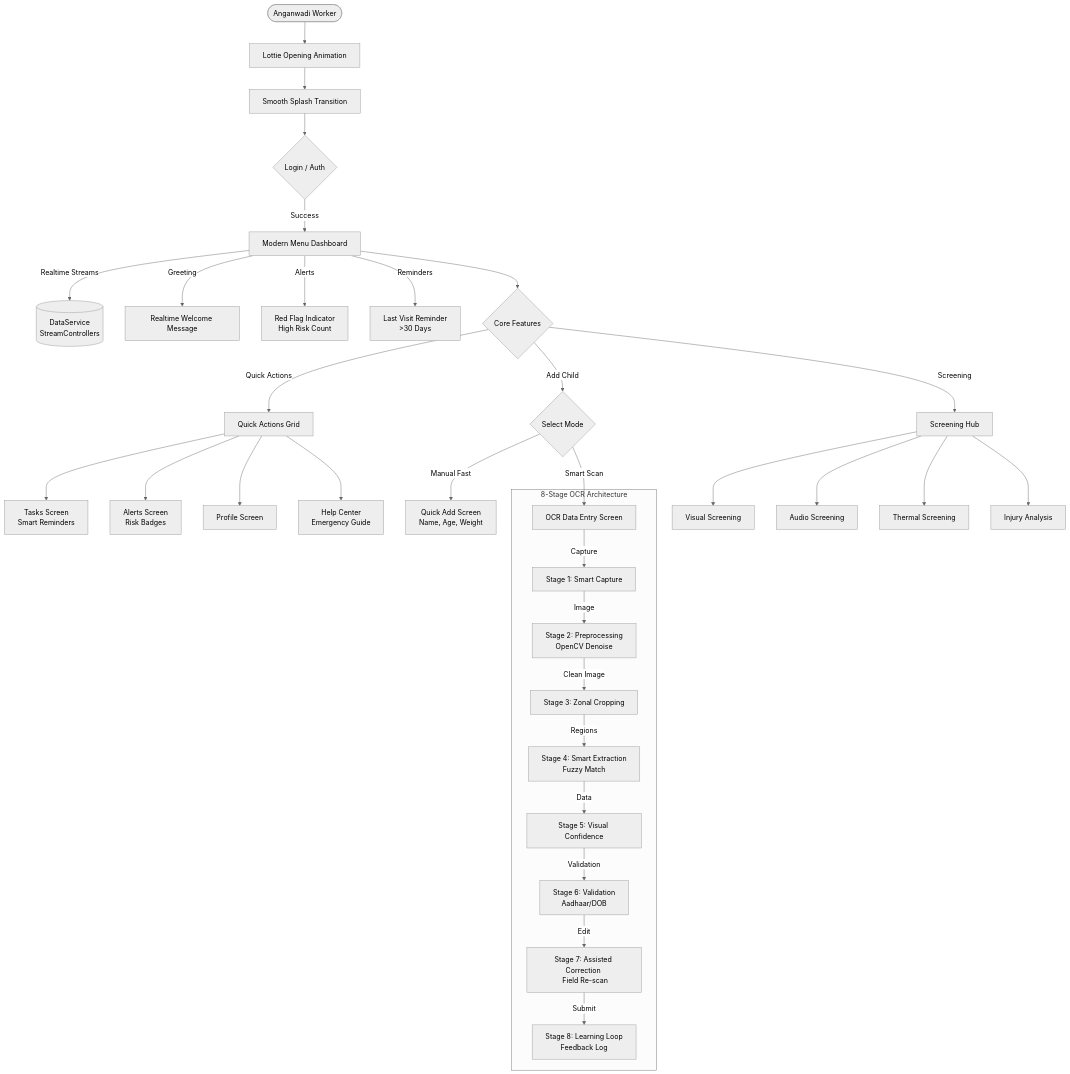
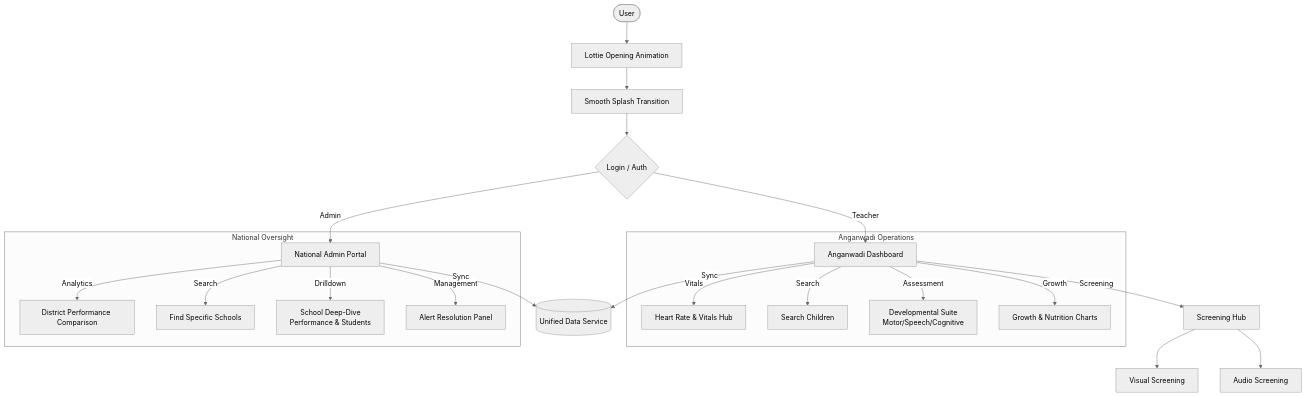
Before and after one commit to parvathi-s25/Shishu_suraksha: the diagram in README.md, drawn with Mermaid (neutral theme). The commit also changed other lines of this file and 75 other files, not shown here.

Commit message:
Enhance Admin Portal, Health Suite, Responsive UI and update README flowchart

````diff
--- a/README.md
+++ b/README.md
@@ -19,48 +19,36 @@
 ```mermaid
 graph TD
     %% Entry Point
-    User([Anganwadi Worker]) --> Intro[Lottie Opening Animation]
+    User([User]) --> Intro[Lottie Opening Animation]
     Intro --> Splash[Smooth Splash Transition]
     Splash --> Login{Login / Auth}
-    Login -->|Success| Dashboard[Modern Menu Dashboard]
+    
+    %% Role Branching
+    Login -->|Teacher| Dashboard[Anganwadi Dashboard]
+    Login -->|Admin| AdminDash[National Admin Portal]
 
-    %% Dashboard Components
-    Dashboard -->|Realtime Streams| DataService[(DataService <br/> StreamControllers)]
-    Dashboard -->|Greeting| Welcome[Realtime Welcome Message]
-    Dashboard -->|Alerts| RedFlag[Red Flag Indicator <br/> High Risk Count]
-    Dashboard -->|Reminders| LastVisit[Last Visit Reminder <br/> >30 Days]
-
-    %% Main Features
-    Dashboard --> Features{Core Features}
-
-    %% Quick Actions
-    Features -->|Quick Actions| QA_Grid[Quick Actions Grid]
-    QA_Grid --> Tasks[Tasks Screen <br/> Smart Reminders]
-    QA_Grid --> Alerts[Alerts Screen <br/> Risk Badges]
-    QA_Grid --> Profile[Profile Screen]
-    QA_Grid --> Help[Help Center <br/> Emergency Guide]
-
-    %% Data Entry & OCR
-    Features -->|Add Child| EntryMode{Select Mode}
-    EntryMode -->|Manual Fast| QuickAdd[Quick Add Screen <br/> Name, Age, Weight]
-    EntryMode -->|Smart Scan| OCR[OCR Data Entry Screen]
-    
-    %% OCR Pipeline
-    subgraph OCR_Pipeline [8-Stage OCR Architecture]
-        OCR -->|Capture| Camera[Stage 1: Smart Capture]
-        Camera -->|Image| Preprocess[Stage 2: Preprocessing <br/> OpenCV Denoise]
-        Preprocess -->|Clean Image| Zonal[Stage 3: Zonal Cropping]
-        Zonal -->|Regions| Extract[Stage 4: Smart Extraction <br/> Fuzzy Match]
-        Extract -->|Data| Confidence[Stage 5: Visual Confidence]
-        Confidence -->|Validation| Validate[Stage 6: Validation <br/> Aadhaar/DOB]
-        Validate -->|Edit| Correction[Stage 7: Assisted Correction <br/> Field Re-scan]
-        Correction -->|Submit| Learning[Stage 8: Learning Loop <br/> Feedback Log]
+    %% Teacher Flow
+    subgraph Teacher_Module [Anganwadi Operations]
+        Dashboard -->|Vitals| LiveVitals[Heart Rate & Vitals Hub]
+        Dashboard -->|Search| ChildSearch[Search Children]
+        Dashboard -->|Assessment| Assess[Developmental Suite <br/> Motor/Speech/Cognitive]
+        Dashboard -->|Growth| Growth[Growth & Nutrition Charts]
     end
 
+    %% Admin Flow
+    subgraph Admin_Module [National Oversight]
+        AdminDash -->|Analytics| DistrictChart[District Performance Comparison]
+        AdminDash -->|Search| SchoolSearch[Find Specific Schools]
+        AdminDash -->|Drilldown| SchoolDetail[School Deep-Dive <br/> Performance & Students]
+        AdminDash -->|Management| Alerts[Alert Resolution Panel]
+    end
+
+    %% Data Core
+    AdminDash -->|Sync| DataService[(Unified Data Service)]
+    Dashboard -->|Sync| DataService
+    
     %% Screening Modules
-    Features -->|Screening| Screening[Screening Hub]
+    Dashboard -->|Screening| Screening[Screening Hub]
     Screening --> Visual[Visual Screening]
     Screening --> Audio[Audio Screening]
-    Screening --> Thermal[Thermal Screening]
-    Screening --> Injury[Injury Analysis]
 ```
````
